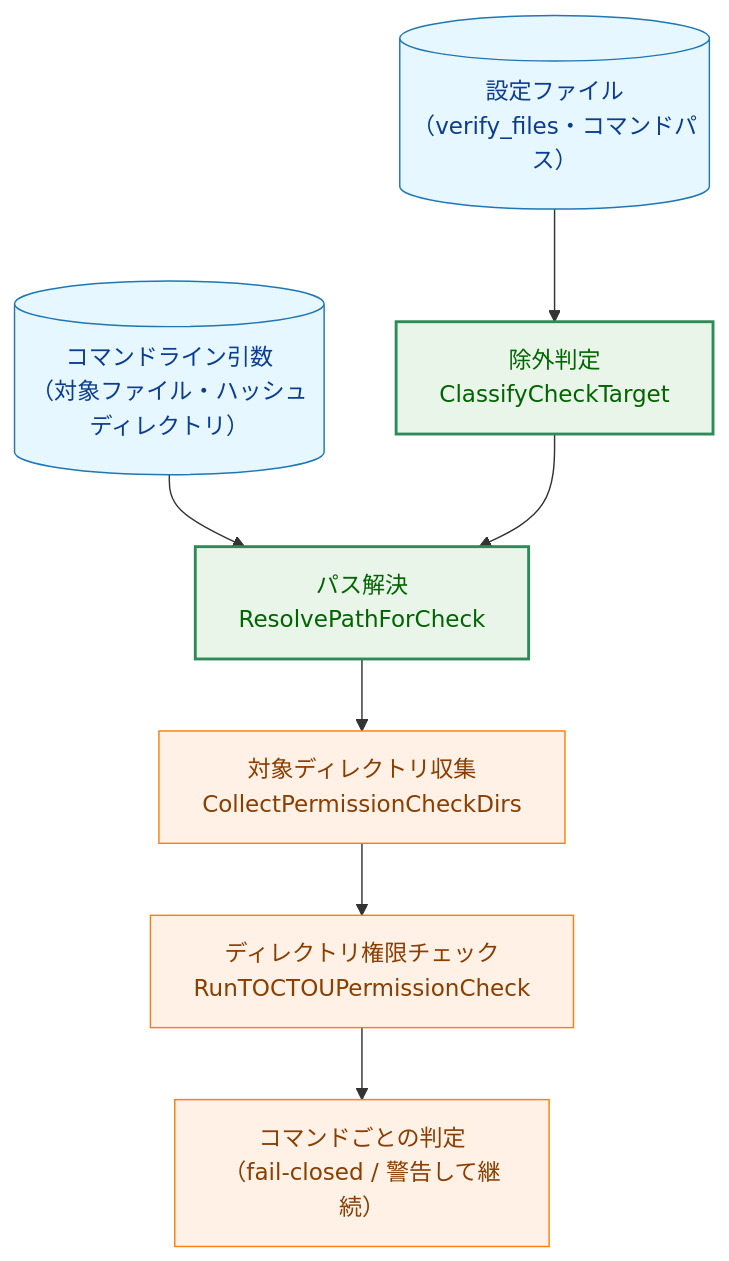
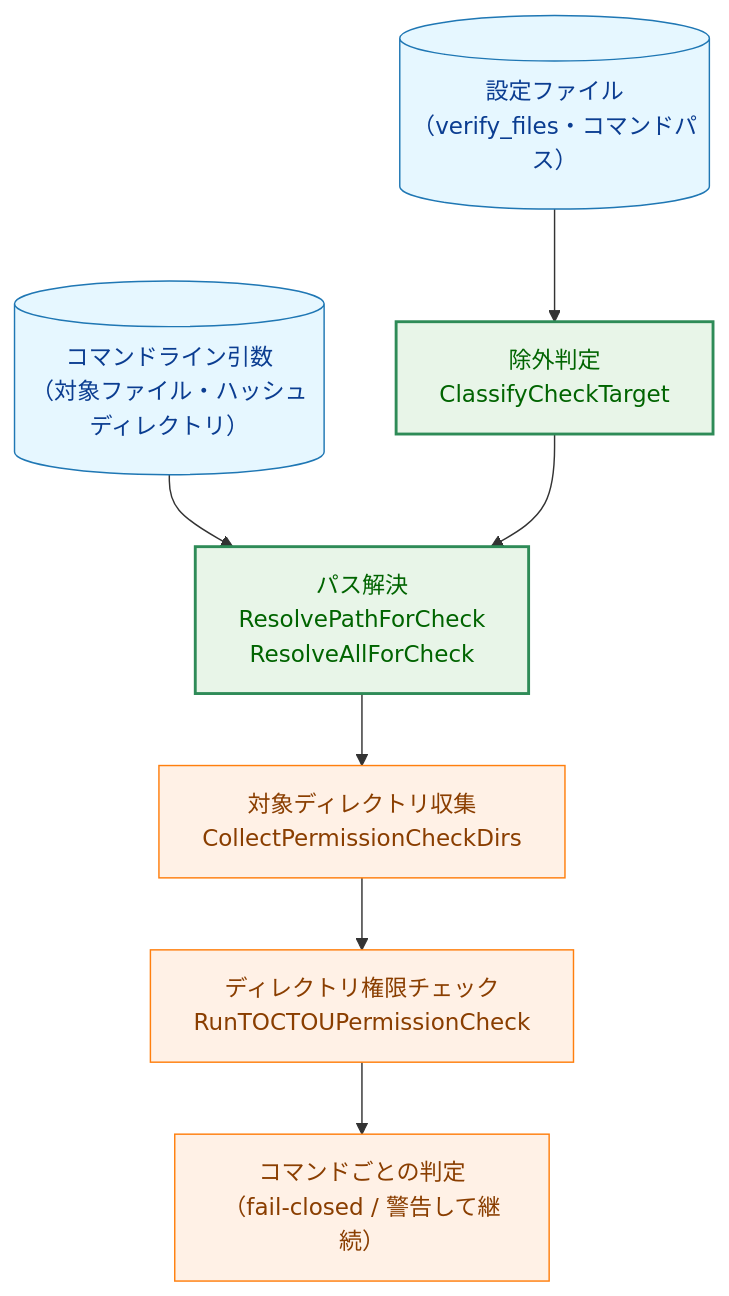
Before and after one commit to isseis/go-safe-cmd-runner: the first of 11 diagrams in docs/tasks/0164_entrypoint_residual_low_info/02_architecture.md, drawn with Mermaid. The commit also changed other lines of this file and 4 other files, not shown here.

````diff
--- a/docs/tasks/0164_entrypoint_residual_low_info/02_architecture.md
+++ b/docs/tasks/0164_entrypoint_residual_low_info/02_architecture.md
@@ -60,26 +60,26 @@
 ```mermaid
 flowchart TD
     classDef data fill:#e6f7ff,stroke:#1f77b4,stroke-width:1px,color:#0b3d91;
     classDef process fill:#fff1e6,stroke:#ff7f0e,stroke-width:1px,color:#8a3e00;
     classDef enhanced fill:#e8f5e8,stroke:#2e8b57,stroke-width:2px,color:#006400;
 
     ARGS[("コマンドライン引数<br>（対象ファイル・ハッシュディレクトリ）")]
     CONF[("設定ファイル<br>（verify_files・コマンドパス）")]
 
     CLASSIFY["除外判定<br>ClassifyCheckTarget"]
-    RESOLVE["パス解決<br>ResolvePathForCheck"]
+    RESOLVE["パス解決<br>ResolvePathForCheck<br>ResolveAllForCheck"]
     COLLECT["対象ディレクトリ収集<br>CollectPermissionCheckDirs"]
     CHECK["ディレクトリ権限チェック<br>RunTOCTOUPermissionCheck"]
     VERDICT["コマンドごとの判定<br>（fail-closed / 警告して継続）"]
 
     ARGS --> RESOLVE
     CONF --> CLASSIFY
     CLASSIFY --> RESOLVE
     RESOLVE --> COLLECT
     COLLECT --> CHECK
     CHECK --> VERDICT
 
     class ARGS,CONF data
     class COLLECT,CHECK,VERDICT process
     class CLASSIFY,RESOLVE enhanced
 ```
````
